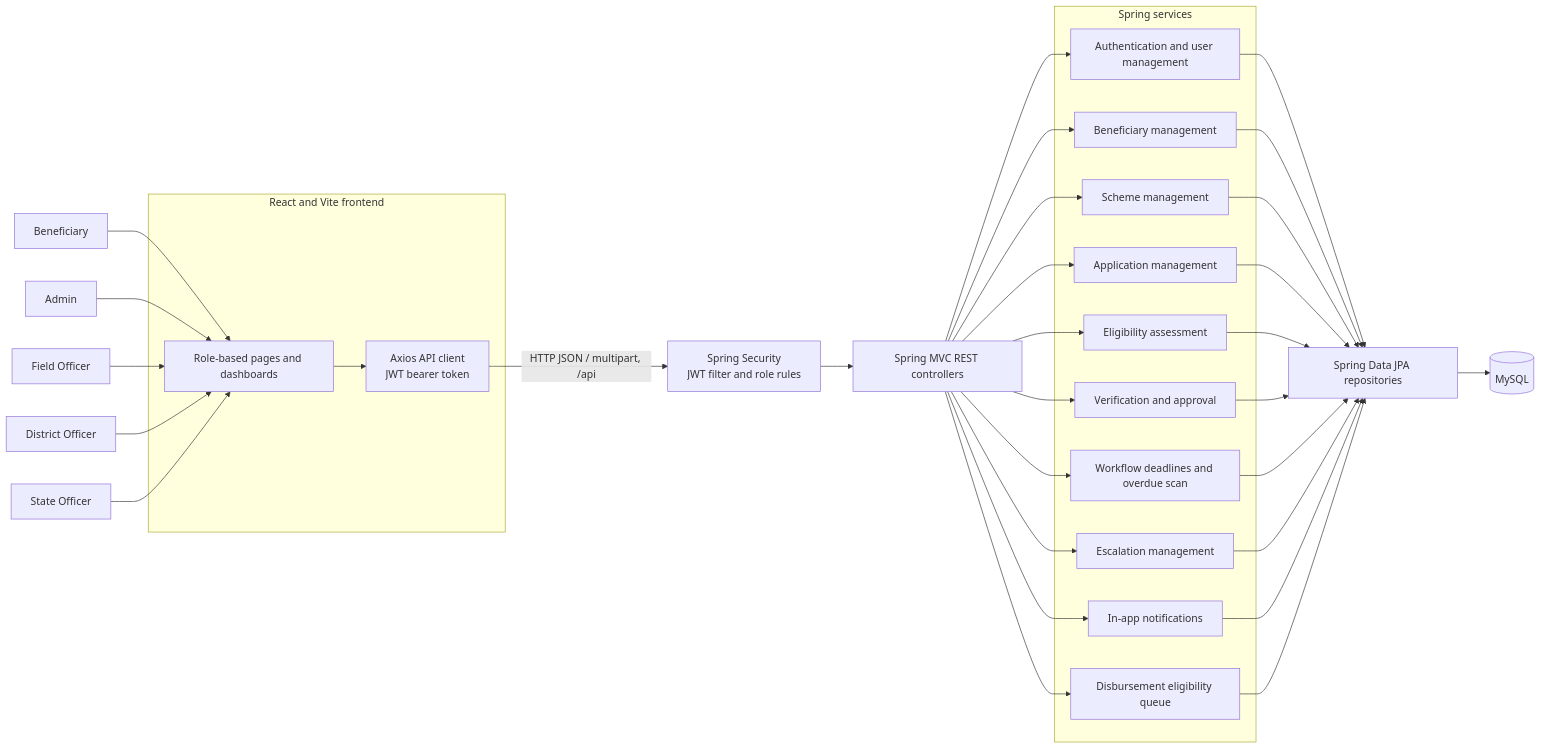
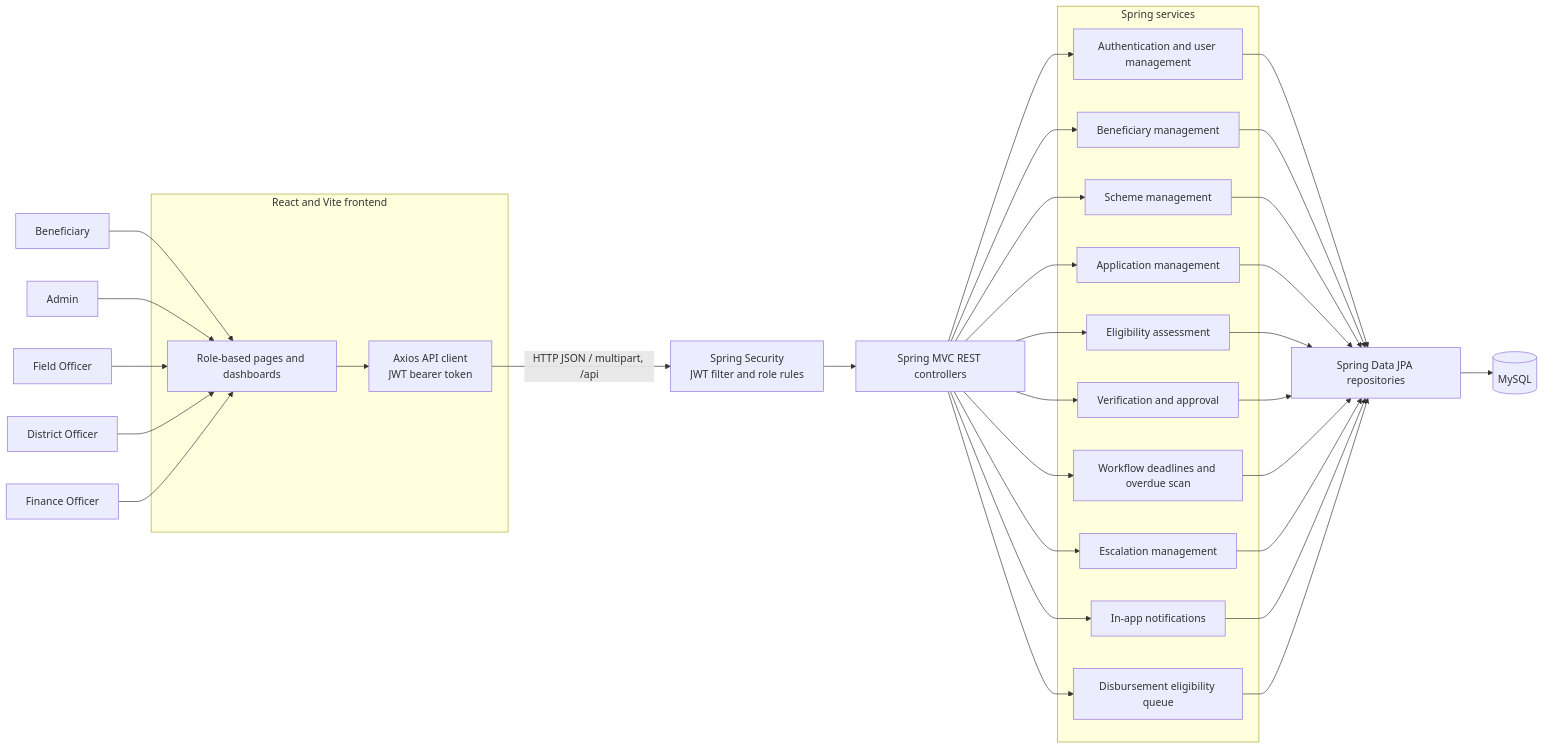
The first of 2 diagrams in README.md (RamyaChinnapattu/grant-tracking), drawn with Mermaid before and after one commit. The commit also changed other lines of this file and 44 other files, not shown here.

````diff
--- a/README.md
+++ b/README.md
@@ -50,59 +50,59 @@
 ```mermaid
 flowchart LR
     B[Beneficiary]
     A[Admin]
     F[Field Officer]
     D[District Officer]
-    S[State Officer]
+    FIN[Finance Officer]
 
     subgraph Client[React and Vite frontend]
         UI[Role-based pages and dashboards]
         API[Axios API client<br/>JWT bearer token]
         UI --> API
     end
 
     B --> UI
     A --> UI
     F --> UI
     D --> UI
-    S --> UI
+    FIN --> UI
 
     API -->|HTTP JSON / multipart, /api| SEC[Spring Security<br/>JWT filter and role rules]
     SEC --> CTRL[Spring MVC REST controllers]
 
     subgraph Services[Spring services]
         AUTH[Authentication and user management]
         BEN[Beneficiary management]
         SCH[Scheme management]
         APP[Application management]
         ELIG[Eligibility assessment]
         VERIFY[Verification and approval]
         AUTO[Workflow deadlines and overdue scan]
         ESC[Escalation management]
         NOTIFY[In-app notifications]
         DISB[Disbursement eligibility queue]
     end
 
     CTRL --> AUTH
     CTRL --> BEN
     CTRL --> SCH
     CTRL --> APP
     CTRL --> ELIG
     CTRL --> VERIFY
     CTRL --> AUTO
     CTRL --> ESC
     CTRL --> NOTIFY
     CTRL --> DISB
 
     AUTH --> REPO[Spring Data JPA repositories]
     BEN --> REPO
     SCH --> REPO
     APP --> REPO
     ELIG --> REPO
     VERIFY --> REPO
     AUTO --> REPO
     ESC --> REPO
     NOTIFY --> REPO
     DISB --> REPO
     REPO --> DB[(MySQL)]
 ```
````
